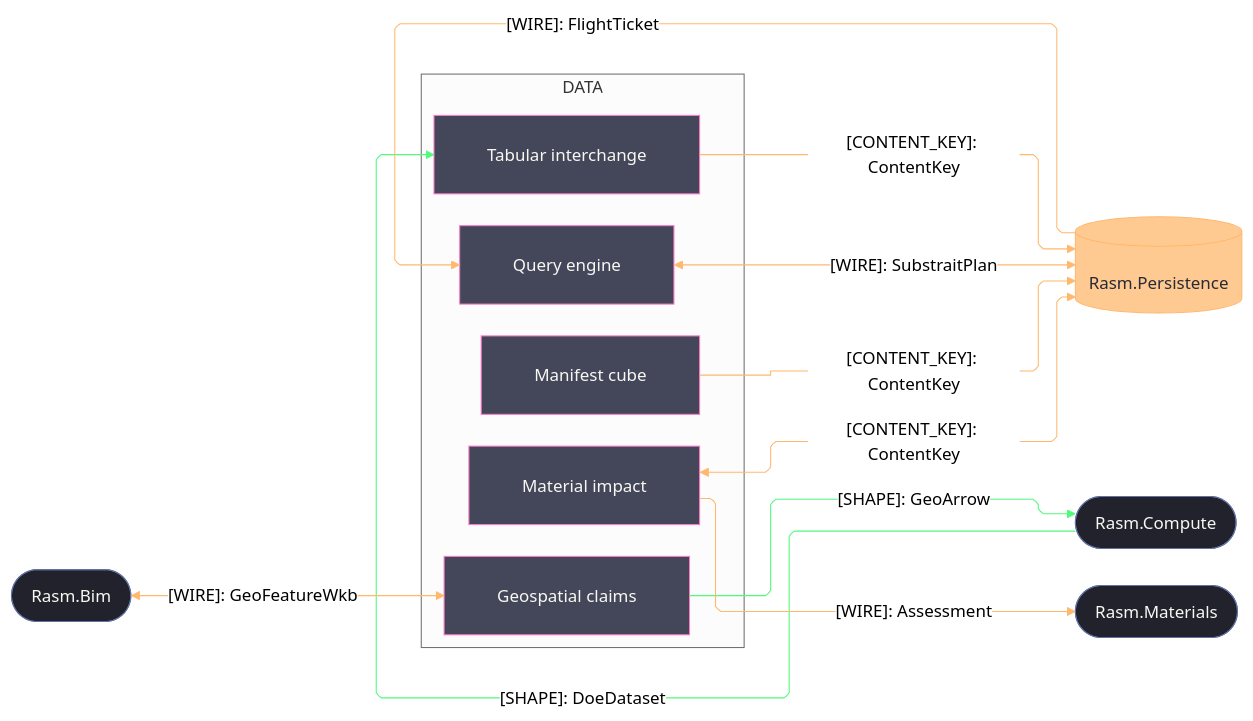
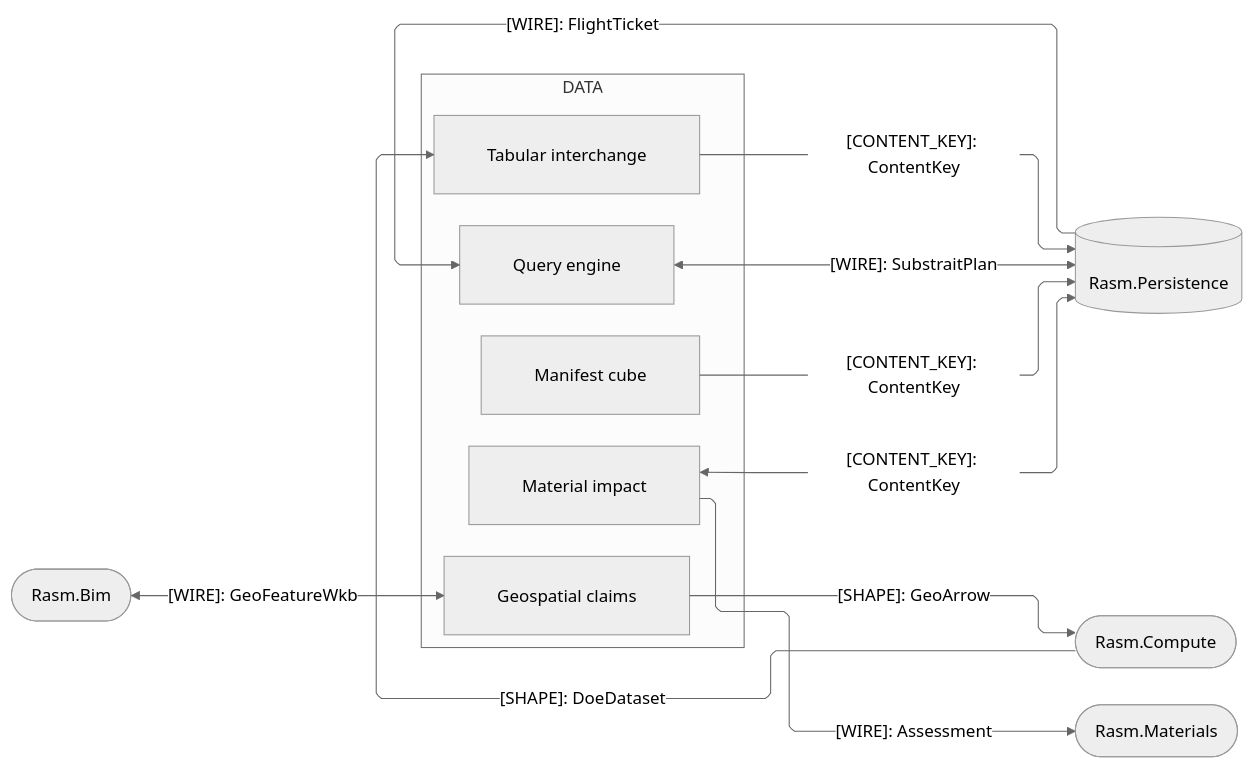
The third of 4 diagrams in libs/python/data/ARCHITECTURE.md (bsamiee/Rasm), drawn with Mermaid (neutral theme) before and after one commit. The commit also changed other lines of this file and 324 other files, not shown here.

````diff
--- a/libs/python/data/ARCHITECTURE.md
+++ b/libs/python/data/ARCHITECTURE.md
@@ -105,42 +118,35 @@
 ```mermaid
 ---
 config:
   layout: elk
+  elk:
+    nodePlacementStrategy: NETWORK_SIMPLEX
+    considerModelOrder: NODES_AND_EDGES
   flowchart:
     curve: linear
     padding: 25
 ---
 flowchart LR
     accTitle: Data package C#-peer seam registry
     accDescr: Data sub-domain owners exchanging frame shapes, content keys, plan wires, and the environmental set with the Rasm.Compute, Persistence, Materials, and Bim C# peers.
     subgraph data[DATA]
         Tabular[Tabular interchange]
         Query[Query engine]
         Geospatial[Geospatial claims]
         Virtual[Manifest cube]
         Impact[Material impact]
     end
     Persistence[(Rasm.Persistence)]
     Compute([Rasm.Compute])
     Materials([Rasm.Materials])
     Bim([Rasm.Bim])
     Compute e1@-->|"[SHAPE]: DoeDataset"| Tabular
     Geospatial e2@-->|"[SHAPE]: GeoArrow"| Compute
     Tabular e3@-->|"[CONTENT_KEY]: ContentKey"| Persistence
     Query e4@<-->|"[WIRE]: SubstraitPlan"| Persistence
     Virtual e5@-->|"[CONTENT_KEY]: ContentKey"| Persistence
     Impact e6@<-->|"[CONTENT_KEY]: ContentKey"| Persistence
     Impact e7@-->|"[WIRE]: Assessment"| Materials
     Bim e8@<-->|"[WIRE]: GeoFeatureWkb"| Geospatial
     Persistence e9@-->|"[WIRE]: FlightTicket"| Query
-    class Tabular,Query,Geospatial,Virtual,Impact primary
-    class Persistence data
-    class Compute,Materials,Bim annotation
-    class e1,e2 edgeSuccess
-    class e3,e4,e5,e6,e7,e8,e9 edgeData
-    classDef primary fill:#44475A,stroke:#FF79C6,color:#F8F8F2
-    classDef data fill:#FFB86CBF,stroke:#FFB86C,color:#282A36
-    classDef annotation fill:#21222C,stroke:#6272A4,color:#F8F8F2
-    classDef edgeData stroke:#FFB86C,color:#F8F8F2
-    classDef edgeSuccess stroke:#50FA7B,color:#F8F8F2
 ```
````
